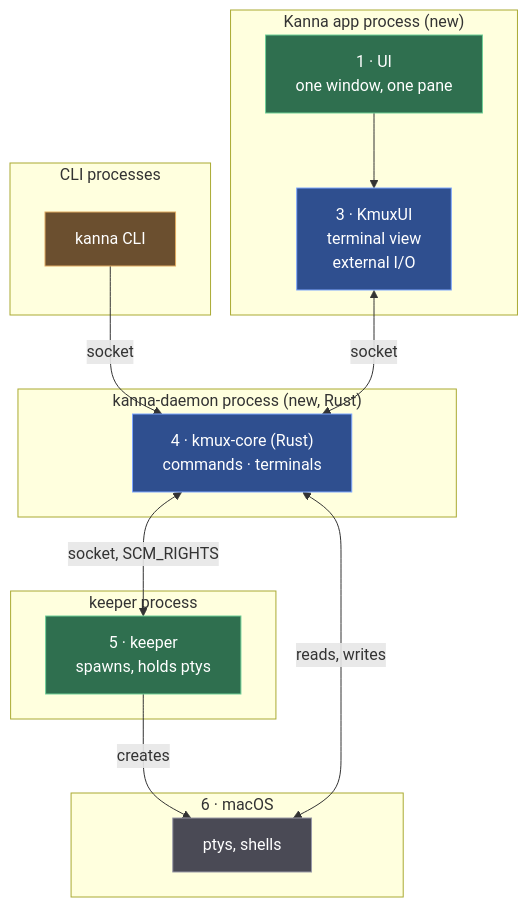
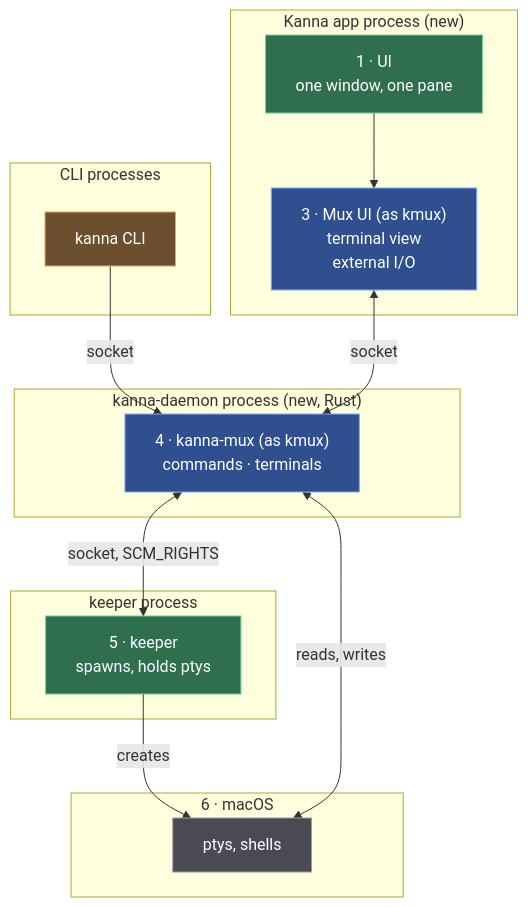
One commit to jemdiggity/kanna-v4 changed the second of 2 diagrams in docs/plans/mux-build.md. Above: the diagram before and after it, drawn with Mermaid. The commit also changed other lines of this file and 1 other file, not shown here.

Commit message:
Mux plan: kmux stays as it is, the reference model; Kanna's mux core is its own (kanna-mux)

````diff
--- a/docs/plans/mux-build.md
+++ b/docs/plans/mux-build.md
@@ -72,33 +74,33 @@
 ```mermaid
 flowchart TB
     subgraph CLIP["CLI processes"]
         CLI["kanna CLI"]
     end
     subgraph APP["Kanna app process (new)"]
         L1["1 · UI<br/>one window, one pane"]
-        L3["3 · KmuxUI<br/>terminal view<br/>external I/O"]
+        L3["3 · Mux UI (as kmux)<br/>terminal view<br/>external I/O"]
         L1 --> L3
     end
     subgraph DAEMON["kanna-daemon process (new, Rust)"]
-        L4["4 · kmux-core (Rust)<br/>commands · terminals"]
+        L4["4 · kanna-mux (as kmux)<br/>commands · terminals"]
     end
     subgraph KEEPER["keeper process"]
         L5["5 · keeper<br/>spawns, holds ptys"]
     end
     subgraph OS["6 · macOS"]
         PTY["ptys, shells"]
     end
     CLI -->|"socket"| L4
     L3 <-->|"socket"| L4
     L4 <-->|"socket, SCM_RIGHTS"| L5
     L5 -->|"creates"| PTY
     L4 <-->|"reads, writes"| PTY
     classDef kanna fill:#2f6f4f,stroke:#6fcf97,color:#ffffff
     classDef kmux fill:#2f4f8f,stroke:#7fa7ff,color:#ffffff
     classDef os fill:#4a4a55,stroke:#9a9aa8,color:#ffffff
     classDef client fill:#6b4f2f,stroke:#e0a960,color:#ffffff
     class L1,L5 kanna
     class L3,L4 kmux
     class PTY os
     class CLI client
 ```
````
